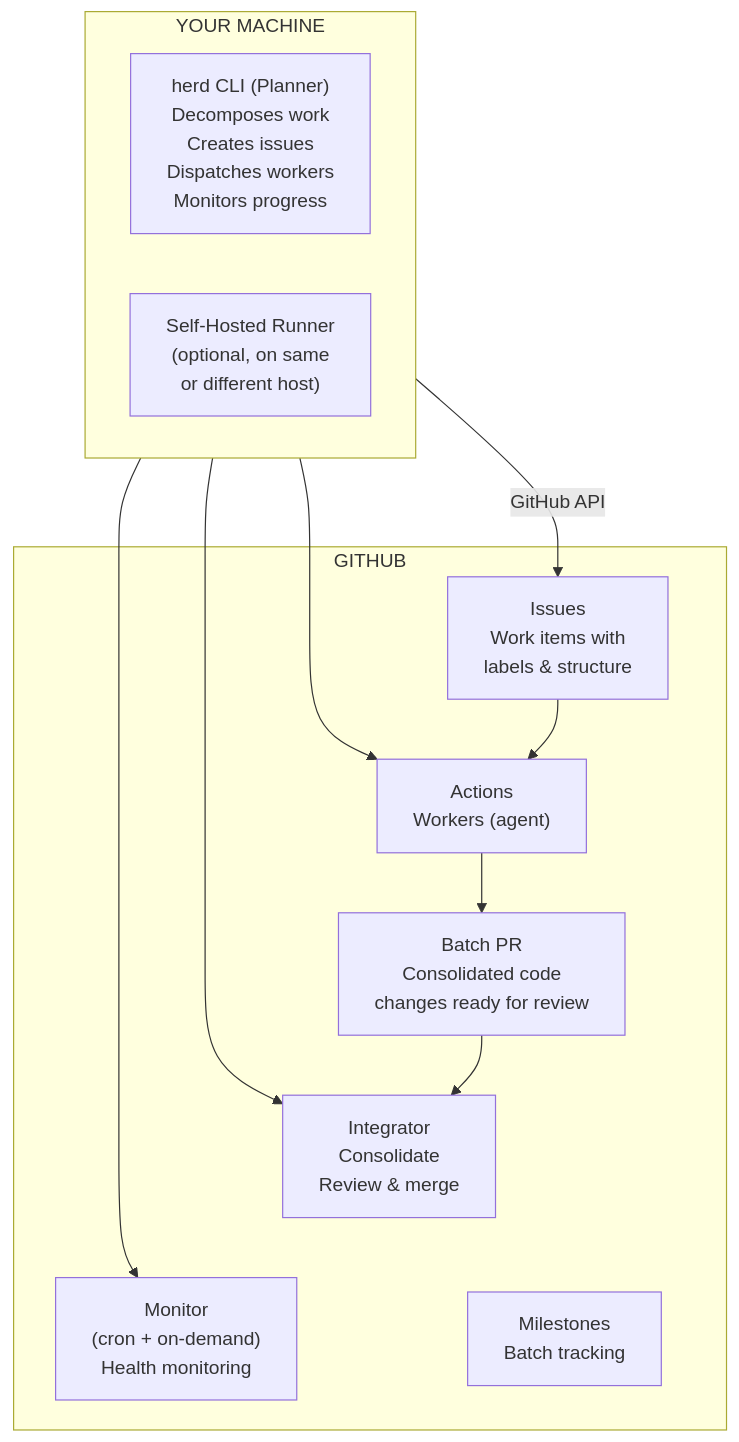
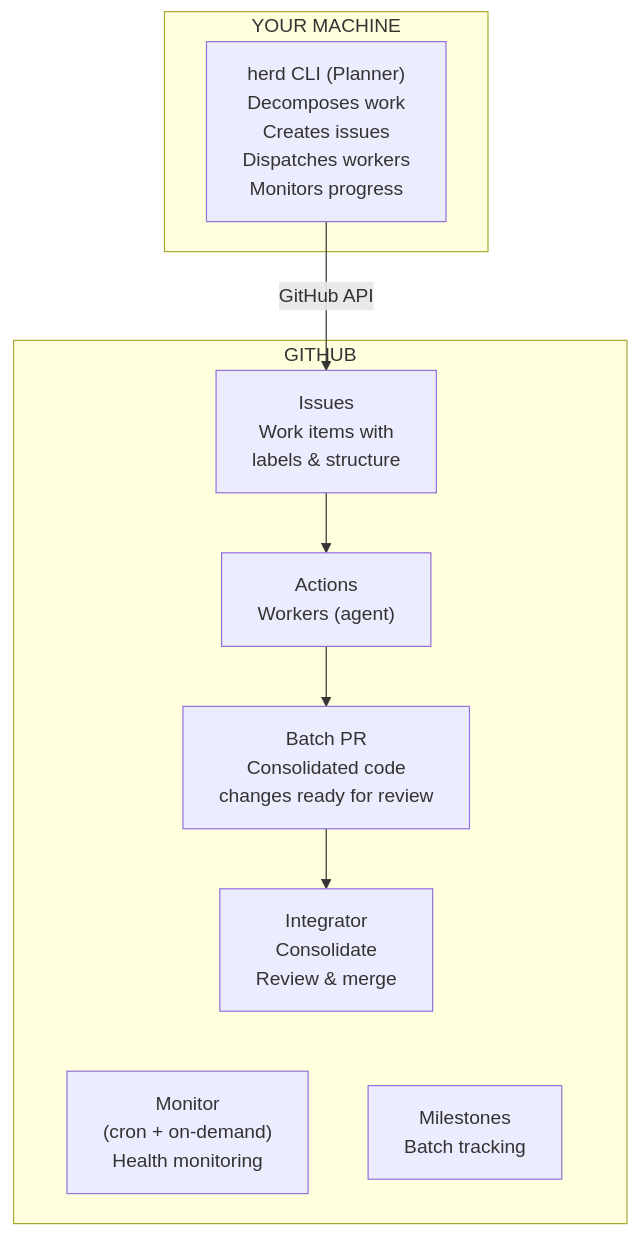
One commit to Herd-OS/herd changed the first of 5 diagrams in docs/design/architecture.md. Above: the diagram before and after it, drawn with Mermaid.

Commit message:
fix: remove Self-Hosted Runner node and arrows from first architecture diagram
The previous fix (#341) changed double-headed arrows to single-direction
arrows, but the intent was to remove the arrows to Self-Hosted Runner
entirely. Remove the Runner node and all its connections from the first
Mermaid diagram.

Closes #342

````diff
--- a/docs/design/architecture.md
+++ b/docs/design/architecture.md
@@ -7,28 +7,23 @@
 ```mermaid
 graph TD
     subgraph Local["YOUR MACHINE"]
-        direction LR
         CLI["herd CLI (Planner)<br>Decomposes work<br>Creates issues<br>Dispatches workers<br>Monitors progress"]
-        Runner["Self-Hosted Runner<br>(optional, on same<br>or different host)"]
     end
 
     subgraph Cloud["GITHUB"]
         Issues["Issues<br>Work items with<br>labels & structure"]
         Actions["Actions<br>Workers (agent)"]
         BatchPR["Batch PR<br>Consolidated code<br>changes ready for review"]
         Integrator["Integrator<br>Consolidate<br>Review & merge"]
         Monitor["Monitor<br>(cron + on-demand)<br>Health monitoring"]
         Milestones["Milestones<br>Batch tracking"]
 
         Issues --> Actions
         Actions --> BatchPR
         BatchPR --> Integrator
         Integrator ~~~ Monitor
         Integrator ~~~ Milestones
     end
 
     CLI -->|GitHub API| Issues
-    Runner --> Actions
-    Runner --> Integrator
-    Runner --> Monitor
 ```
````
